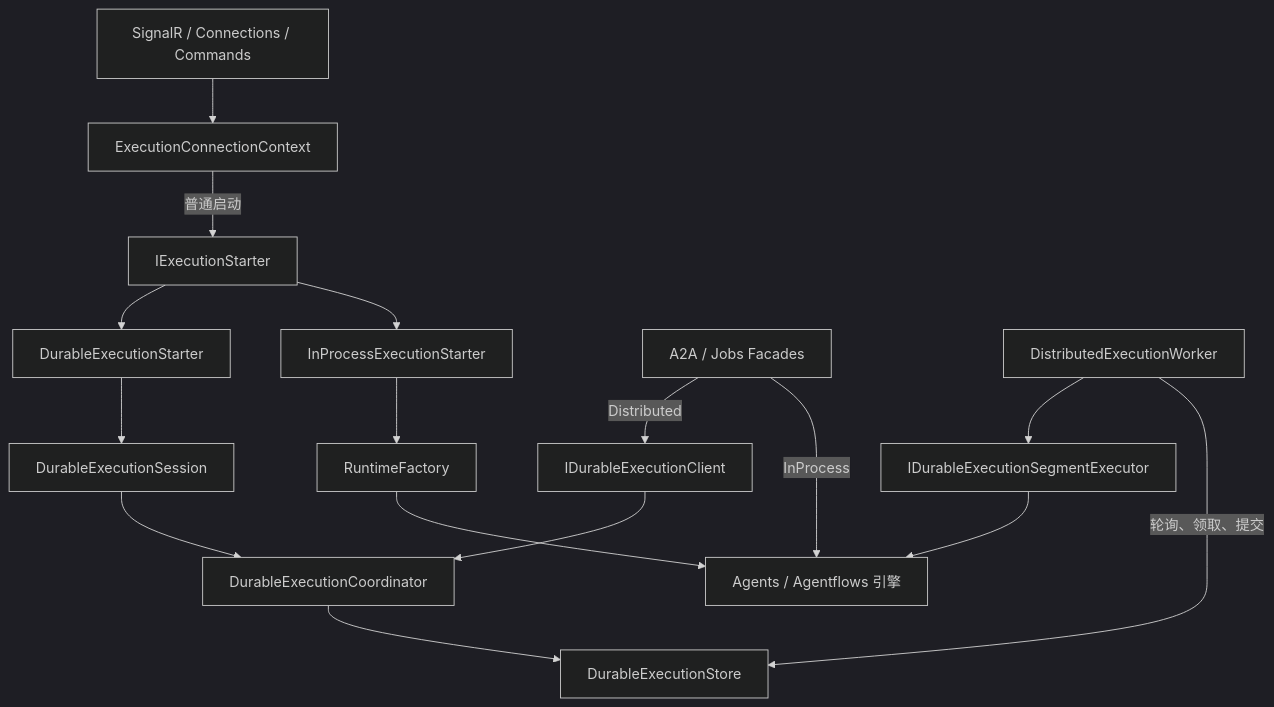
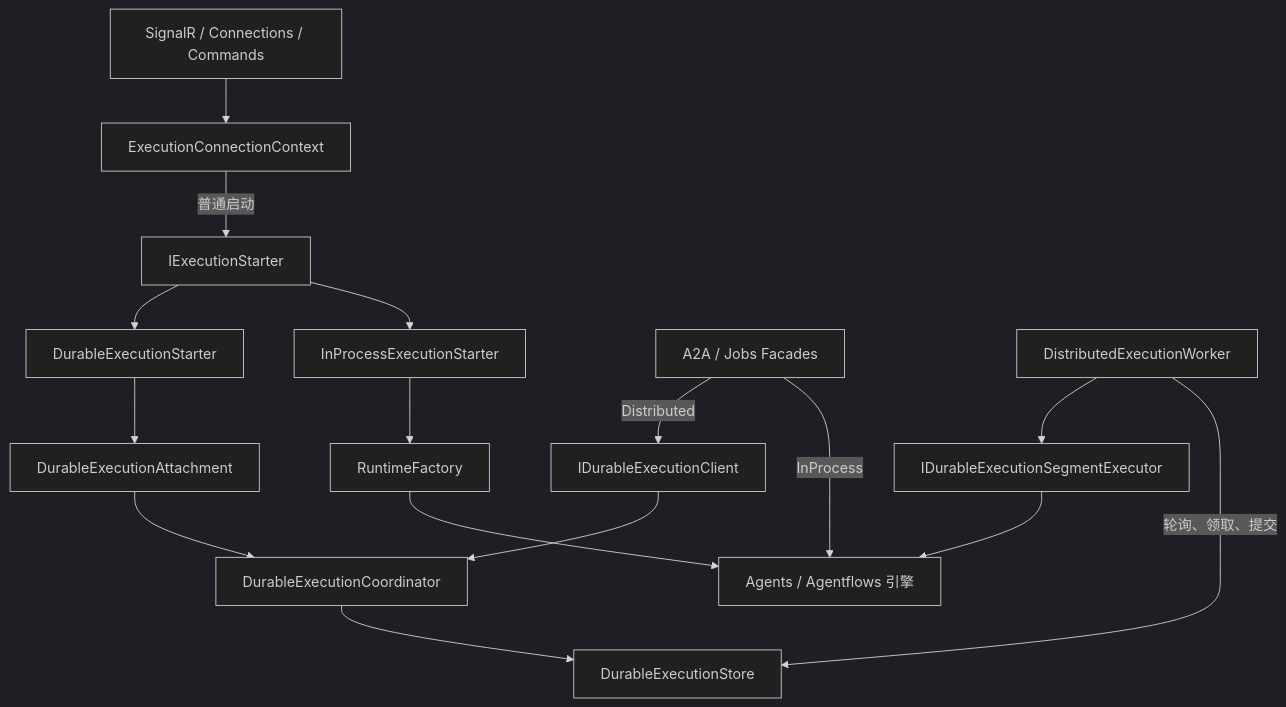
Before and after one commit to zxyao145/agw: the first of 5 diagrams in src/server/Agw.Agents.Execution/Runtimes/README.md, drawn with Mermaid (dark theme). The commit also changed other lines of this file and 123 other files, not shown here.

````diff
--- a/src/server/Agw.Agents.Execution/Runtimes/README.md
+++ b/src/server/Agw.Agents.Execution/Runtimes/README.md
@@ -52,18 +52,18 @@
 ```mermaid
 flowchart TB
     SignalR["SignalR / Connections / Commands"] --> Context["ExecutionConnectionContext"]
     Context -->|普通启动| Starter["IExecutionStarter"]
     Starter --> Local["InProcessExecutionStarter"]
     Starter --> Durable["DurableExecutionStarter"]
     Local --> Factory["RuntimeFactory"]
     Factory --> Engines["Agents / Agentflows 引擎"]
-    Durable --> Session["DurableExecutionSession"]
+    Durable --> Session["DurableExecutionAttachment"]
     Session --> Coordinator["DurableExecutionCoordinator"]
     Facades["A2A / Jobs Facades"] -->|InProcess| Engines
     Facades -->|Distributed| Client["IDurableExecutionClient"]
     Client --> Coordinator
     Coordinator --> Store["DurableExecutionStore"]
     Worker["DistributedExecutionWorker"] -->|轮询、领取、提交| Store
     Worker --> Executor["IDurableExecutionSegmentExecutor"]
     Executor --> Engines
 ```
````
